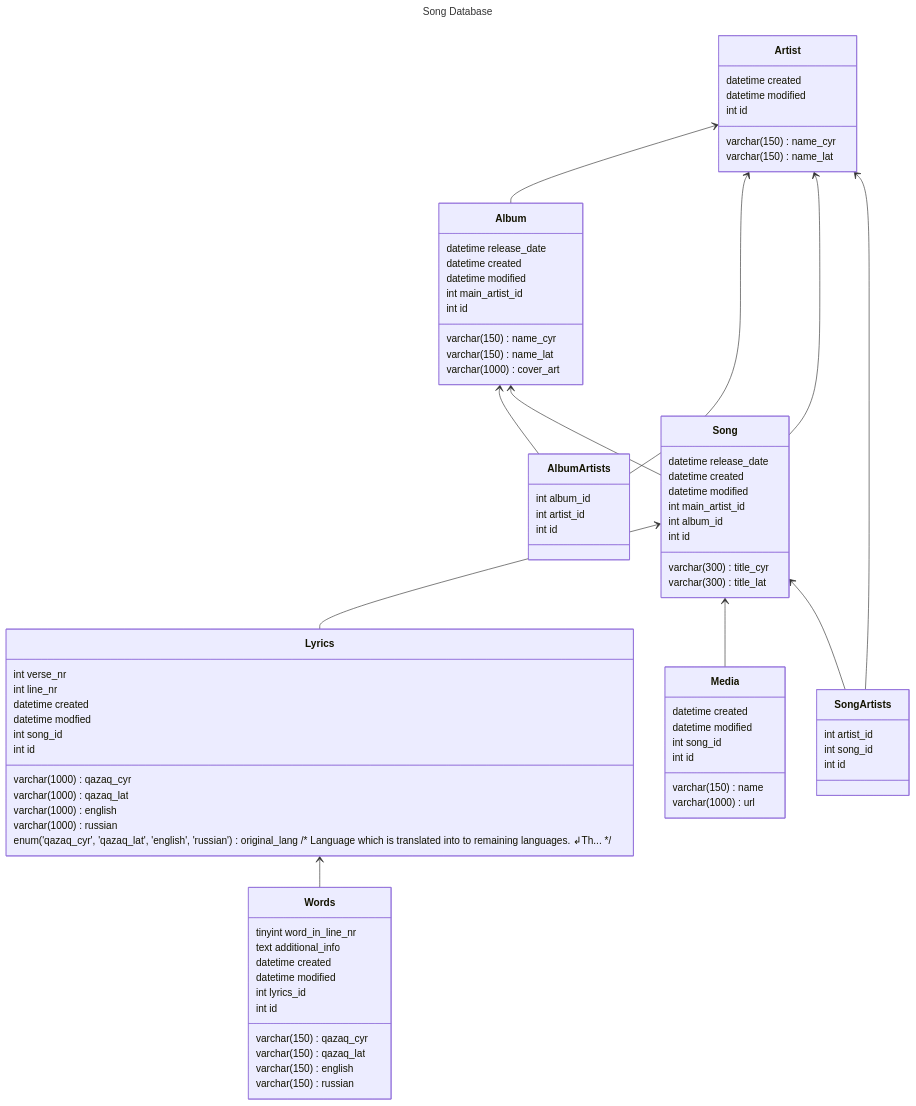
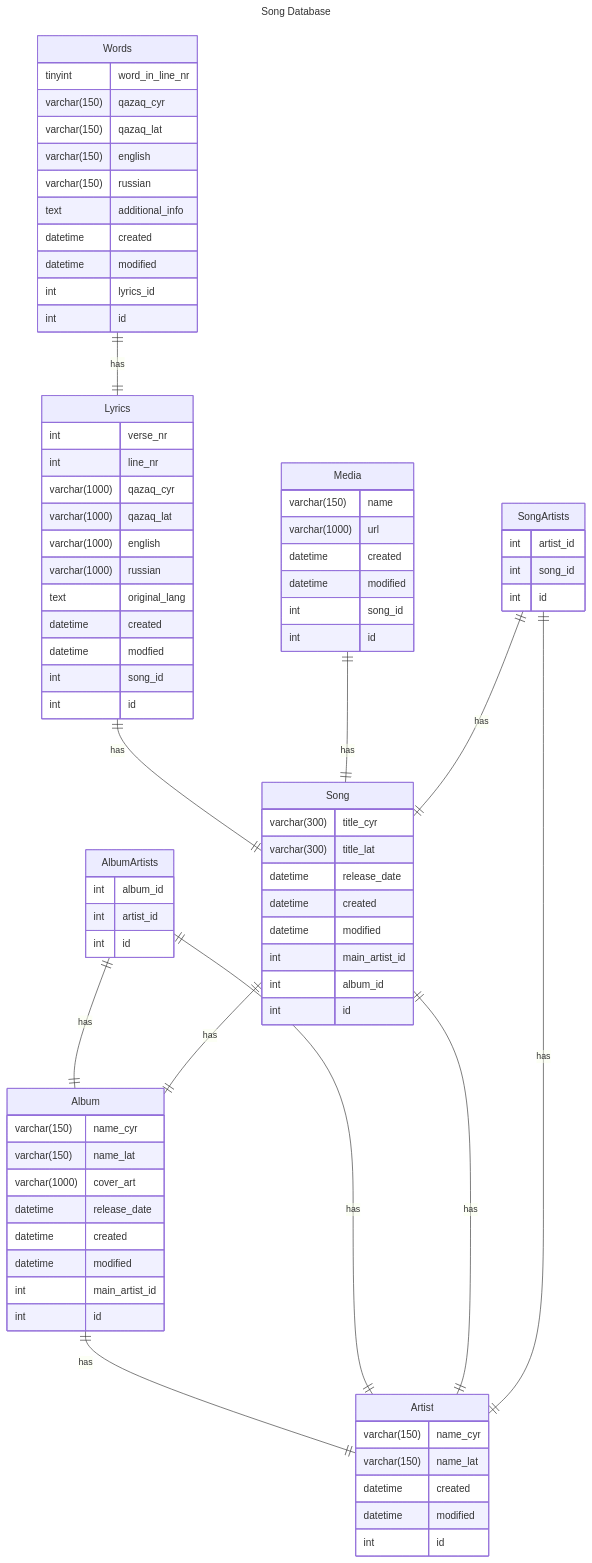
Before and after one commit to Qazaq-Genius/Qazaq-Genius-API: the diagram in README.MD, drawn with Mermaid.

Commit message:
#2: overhauled database draft

````diff
--- a/README.MD
+++ b/README.MD
@@ -4,87 +4,86 @@
 ---
 title: Song Database
 ---
-classDiagram
-direction BT
-class Album {
-   varchar(150) name_cyr
-   varchar(150) name_lat
-   varchar(1000) cover_art
-   datetime release_date
-   datetime created
-   datetime modified
-   int main_artist_id
-   int id
+erDiagram
+Album {
+	varchar(150)    name_cyr        
+	varchar(150)    name_lat        
+	varchar(1000)   cover_art       
+	datetime        release_date    
+	datetime	    created            
+	datetime	    modified           
+	int	            main_artist_id	
+	int	            id              
 }
-class AlbumArtists {
-   int album_id
-   int artist_id
-   int id
+AlbumArtists {
+   int              album_id                    
+   int              artist_id        
+   int              id               
 }
-class Artist {
-   varchar(150) name_cyr
-   varchar(150) name_lat
-   datetime created
-   datetime modified
-   int id
+Artist {
+   varchar(150)     name_cyr         
+   varchar(150)     name_lat         
+   datetime         created          
+   datetime         modified         
+   int              id               
 }
-class Lyrics {
-   int verse_nr
-   int line_nr
-   varchar(1000) qazaq_cyr
-   varchar(1000) qazaq_lat
-   varchar(1000) english
-   varchar(1000) russian
-   enum('qazaq_cyr', 'qazaq_lat', 'english', 'russian') original_lang  /* Language which is translated into to remaining languages. ↲Th... */
-   datetime created
-   datetime modfied
-   int song_id
-   int id
+Lyrics {
+   int			    verse_nr         	
+   int			    line_nr          	
+   varchar(1000)    qazaq_cyr        
+   varchar(1000)    qazaq_lat        
+   varchar(1000)    english            	
+   varchar(1000)    russian          
+   text             original_lang    
+   datetime         created          
+   datetime         modfied          
+   int              song_id          
+   int	            id               	
 }
-class Media {
-   varchar(150) name
-   varchar(1000) url
-   datetime created
-   datetime modified
-   int song_id
-   int id
+Media {
+	varchar(150)    name             	
+	varchar(1000)   url               	
+	datetime	    created              	
+	datetime	    modified             	
+	int	            song_id         	
+	int	            id              	
 }
-class Song {
-   varchar(300) title_cyr
-   varchar(300) title_lat
-   datetime release_date
-   datetime created
-   datetime modified
-   int main_artist_id
-   int album_id
-   int id
+Song {
+   varchar(300)     title_cyr      
+   varchar(300)     title_lat      
+   datetime         release_date   
+   datetime	        created        
+   datetime	        modified       
+   int	            main_artist_id 
+   int	            album_id       
+   int	            id             
 }
-class SongArtists {
-   int artist_id
-   int song_id
-   int id
+SongArtists {
+   int              artist_id        	         
+   int              song_id          	         
+   int              id               	         
 }
-class Words {
-   tinyint word_in_line_nr
-   varchar(150) qazaq_cyr
-   varchar(150) qazaq_lat
-   varchar(150) english
-   varchar(150) russian
-   text additional_info
-   datetime created
-   datetime modified
-   int lyrics_id
-   int id
+Words {
+   tinyint	        word_in_line_nr    
+   varchar(150)     qazaq_cyr           
+   varchar(150)     qazaq_lat           
+   varchar(150)     english             
+   varchar(150)     russian             
+   text             additional_info     
+   datetime         created             
+   datetime         modified            
+   int              lyrics_id           
+   int              id                  
 }
 
-Album  -->  Artist 
-AlbumArtists  -->  Album 
-AlbumArtists  -->  Artist 
-Lyrics  -->  Song 
-Media  -->  Song
-Song  -->  Album
-Song  -->  Artist
-SongArtists  -->  Artist 
-SongArtists  -->  Song
-Words  -->  Lyrics 
+Album        ||--||  Artist : has
+AlbumArtists ||--||   Album : has
+AlbumArtists ||--||  Artist : has
+Lyrics       ||--||    Song : has
+Media        ||--||    Song : has
+Song         ||--||   Album : has
+Song         ||--||  Artist : has
+SongArtists  ||--||  Artist : has
+SongArtists  ||--||    Song : has
+Words        ||--||  Lyrics : has
 ```
````
